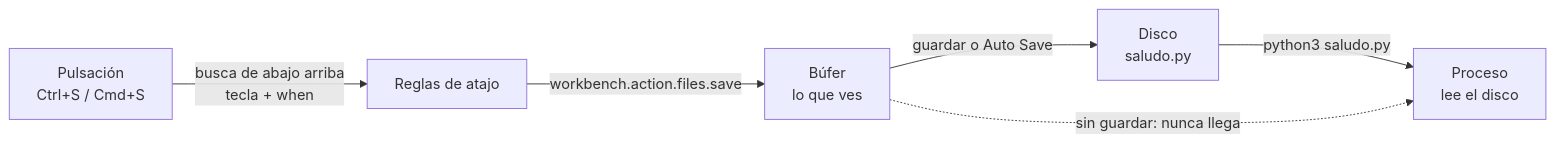
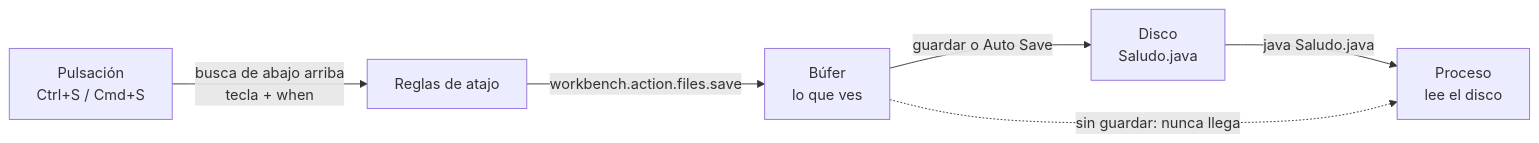
Before and after one commit to NICORUIZ93/The_Imperial_Book: the seventh of 7 diagrams in web/public/content/foundations/modulo-0.md, drawn with Mermaid. The commit also changed other lines of this file and 4 other files, not shown here.

````diff
--- a/web/public/content/foundations/modulo-0.md
+++ b/web/public/content/foundations/modulo-0.md
@@ -1531,8 +1608,8 @@
 ```mermaid
 flowchart LR
     K["Pulsación<br/>Ctrl+S / Cmd+S"] -->|"busca de abajo arriba<br/>tecla + when"| R["Reglas de atajo"]
     R -->|"workbench.action.files.save"| B["Búfer<br/>lo que ves"]
-    B -->|"guardar o Auto Save"| D["Disco<br/>saludo.py"]
-    D -->|"python3 saludo.py"| P["Proceso<br/>lee el disco"]
+    B -->|"guardar o Auto Save"| D["Disco<br/>Saludo.java"]
+    D -->|"java Saludo.java"| P["Proceso<br/>lee el disco"]
     B -.->|"sin guardar: nunca llega"| P
 ```
````
